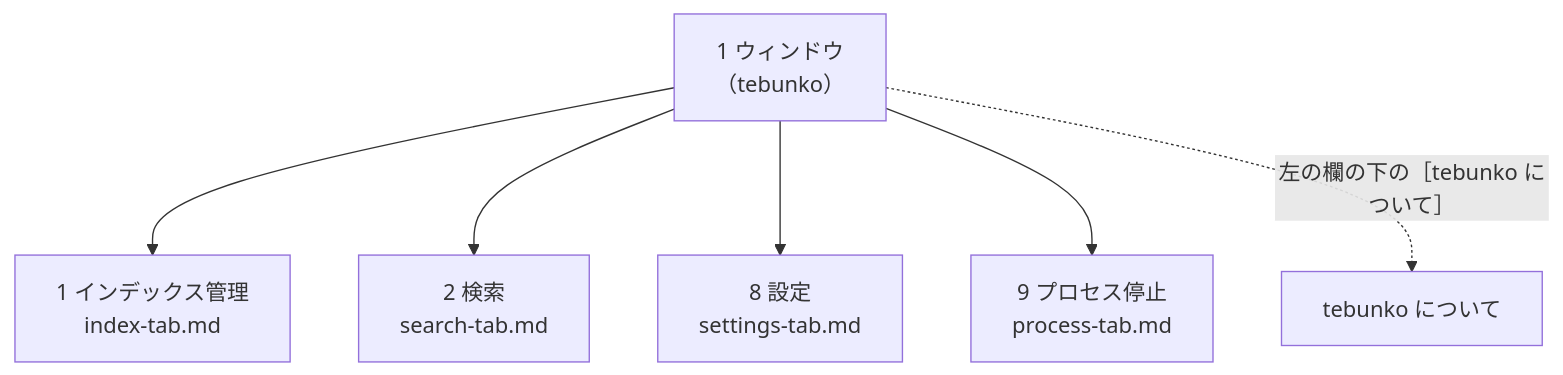
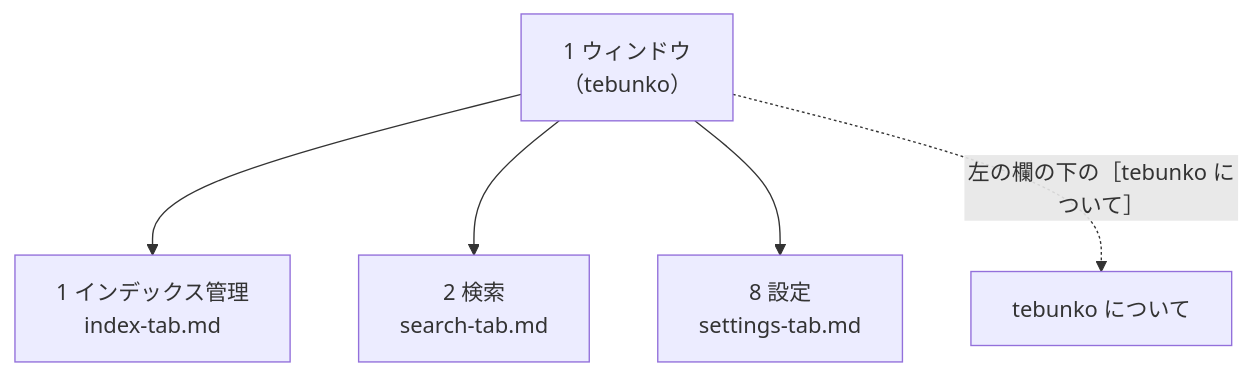
One commit to hsgwa/tebunko changed the first of 2 diagrams in docs/design/gui/index.md. Above: the diagram before and after it, drawn with Mermaid. The commit also changed other lines of this file and 39 other files, not shown here.

````diff
--- a/docs/design/gui/index.md
+++ b/docs/design/gui/index.md
@@ -16,9 +16,8 @@
 ```mermaid
 flowchart TB
     win["1 ウィンドウ<br>（tebunko）"]
     win --> t1["1 インデックス管理<br>index-tab.md"]
     win --> t2["2 検索<br>search-tab.md"]
     win --> t8["8 設定<br>settings-tab.md"]
-    win --> t9["9 プロセス停止<br>process-tab.md"]
     win -. "左の欄の下の［tebunko について］" .-> about["tebunko について"]
 ```
````
